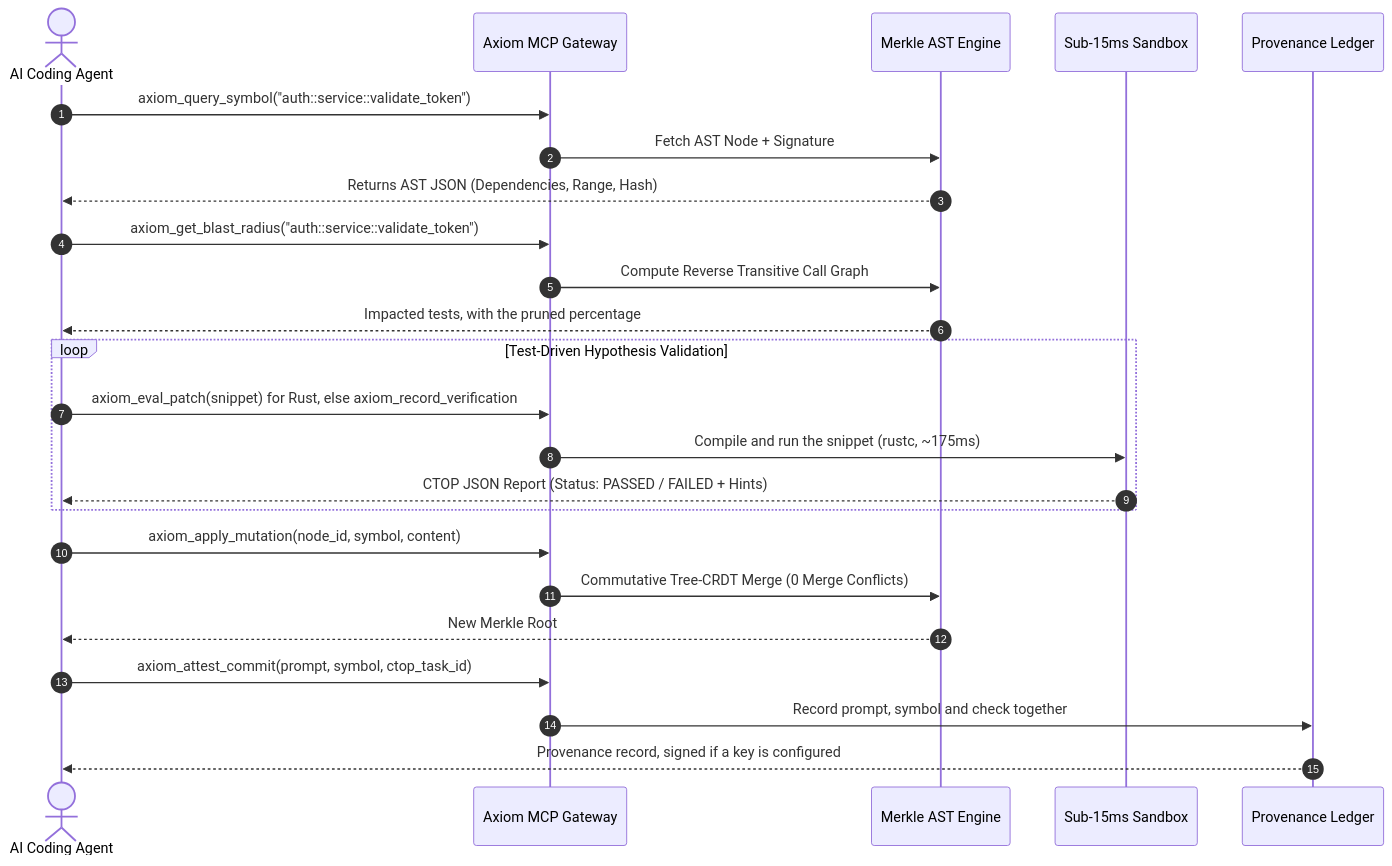
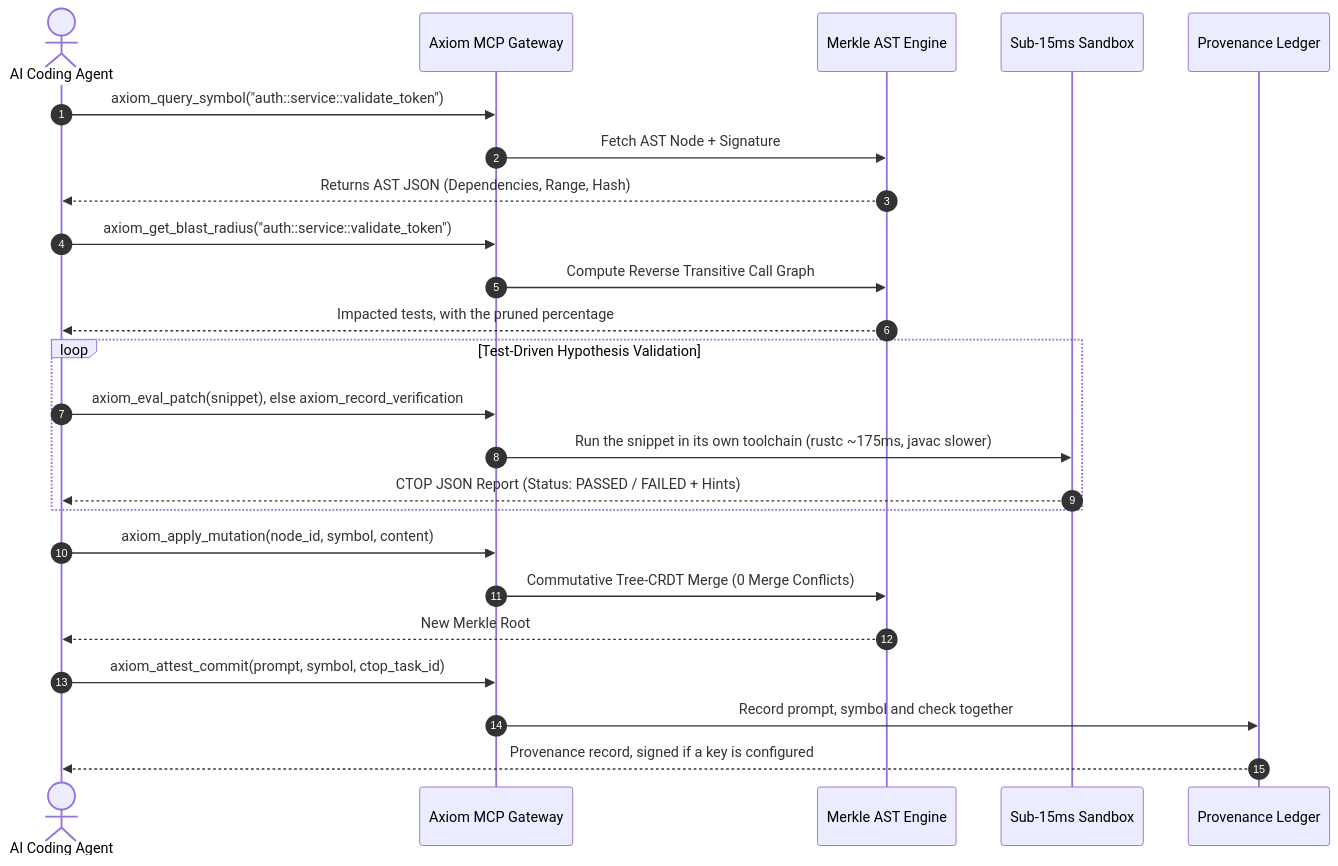
One commit to PIsberg/axiom changed the diagram in docs/USAGE_GUIDE.md. Above: the diagram before and after it, drawn with Mermaid. The commit also changed other lines of this file and 10 other files, not shown here.

````diff
--- a/docs/USAGE_GUIDE.md
+++ b/docs/USAGE_GUIDE.md
@@ -30,31 +30,31 @@
 ```mermaid
 sequenceDiagram
     autonumber
     actor AI as AI Coding Agent
     participant MCP as Axiom MCP Gateway
     participant AST as Merkle AST Engine
     participant VMM as Sub-15ms Sandbox
     participant Ledger as Provenance Ledger
 
     AI->>MCP: axiom_query_symbol("auth::service::validate_token")
     MCP->>AST: Fetch AST Node + Signature
     AST-->>AI: Returns AST JSON (Dependencies, Range, Hash)
 
     AI->>MCP: axiom_get_blast_radius("auth::service::validate_token")
     MCP->>AST: Compute Reverse Transitive Call Graph
     AST-->>AI: Impacted tests, with the pruned percentage
 
     loop Test-Driven Hypothesis Validation
-        AI->>MCP: axiom_eval_patch(snippet) for Rust, else axiom_record_verification
-        MCP->>VMM: Compile and run the snippet (rustc, ~175ms)
+        AI->>MCP: axiom_eval_patch(snippet), else axiom_record_verification
+        MCP->>VMM: Run the snippet in its own toolchain (rustc ~175ms, javac slower)
         VMM-->>AI: CTOP JSON Report (Status: PASSED / FAILED + Hints)
     end
 
     AI->>MCP: axiom_apply_mutation(node_id, symbol, content)
     MCP->>AST: Commutative Tree-CRDT Merge (0 Merge Conflicts)
     AST-->>AI: New Merkle Root
 
     AI->>MCP: axiom_attest_commit(prompt, symbol, ctop_task_id)
     MCP->>Ledger: Record prompt, symbol and check together
     Ledger-->>AI: Provenance record, signed if a key is configured
 ```
````
